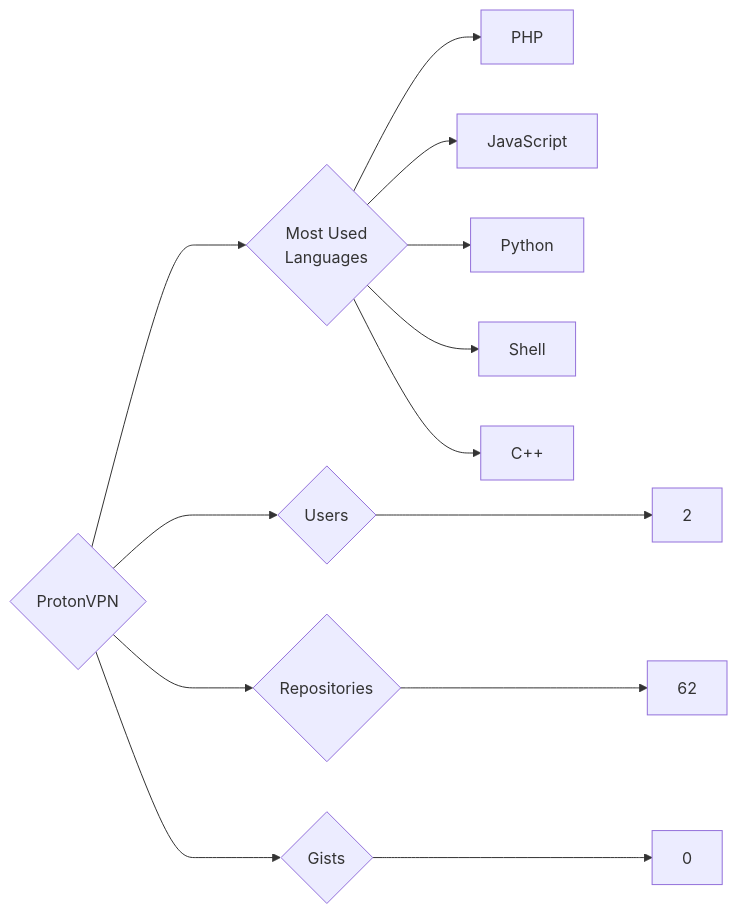
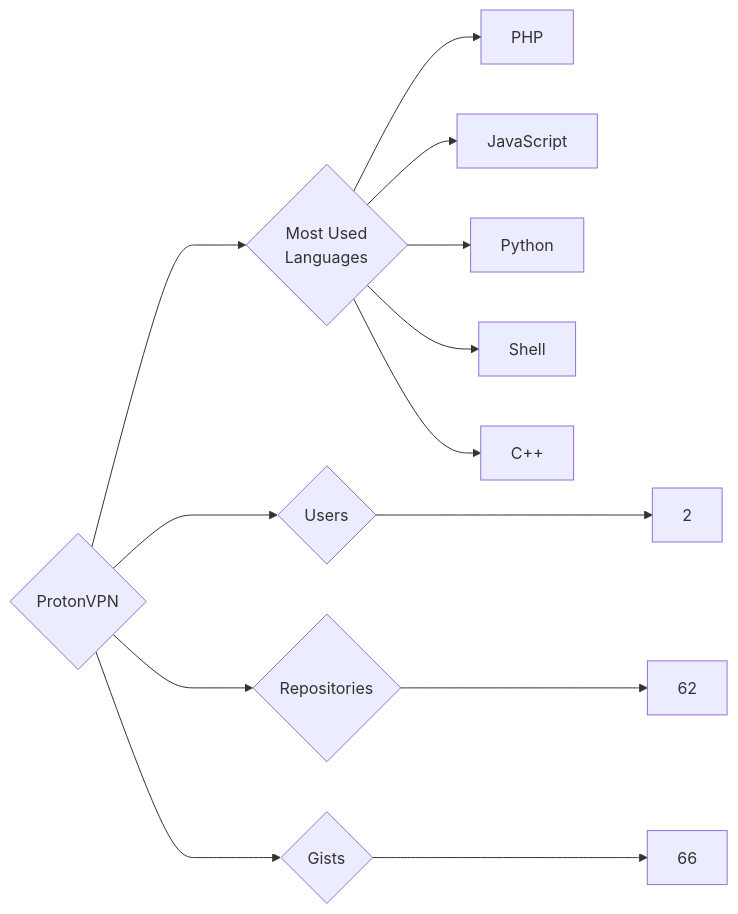
Before and after one commit to trickest/insiders: the diagram in targets/ProtonVPN/README.md, drawn with Mermaid. The commit also changed 997 other files, not shown here.

````diff
--- a/targets/ProtonVPN/README.md
+++ b/targets/ProtonVPN/README.md
@@ -3,13 +3,13 @@
 ```mermaid
 graph LR
 COMPANY_NAME{ProtonVPN}
 COMPANY_NAME ---> U{Users} ---> UN[2]
 COMPANY_NAME ---> R{Repositories} ---> RN[62]
-COMPANY_NAME ---> G{Gists} ---> GN[0]
+COMPANY_NAME ---> G{Gists} ---> GN[66]
 COMPANY_NAME ---> ML{Most Used<br>Languages}
-ML --> PHP
-ML --> JavaScript
-ML --> Python
-ML --> Shell
-ML --> C++
+ML --> PHP[PHP]
+ML --> JavaScript[JavaScript]
+ML --> Python[Python]
+ML --> Shell[Shell]
+ML --> C++[C++]
 ```
````
